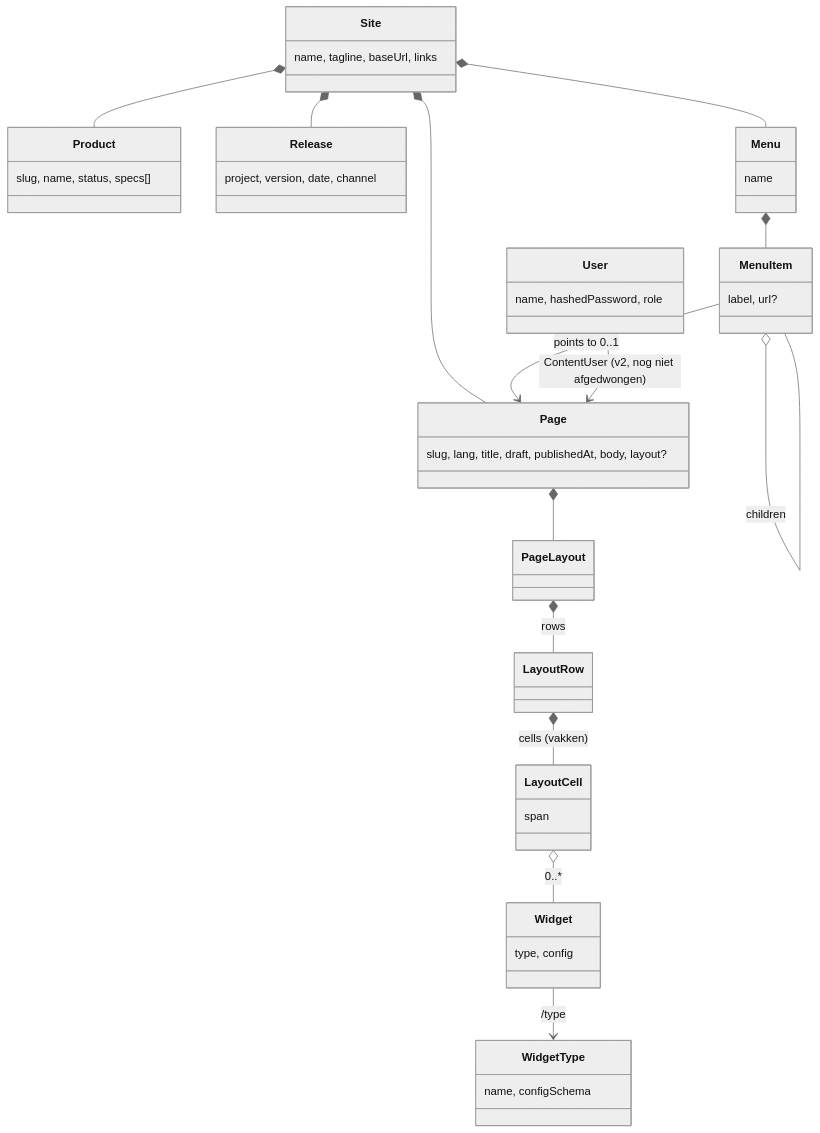
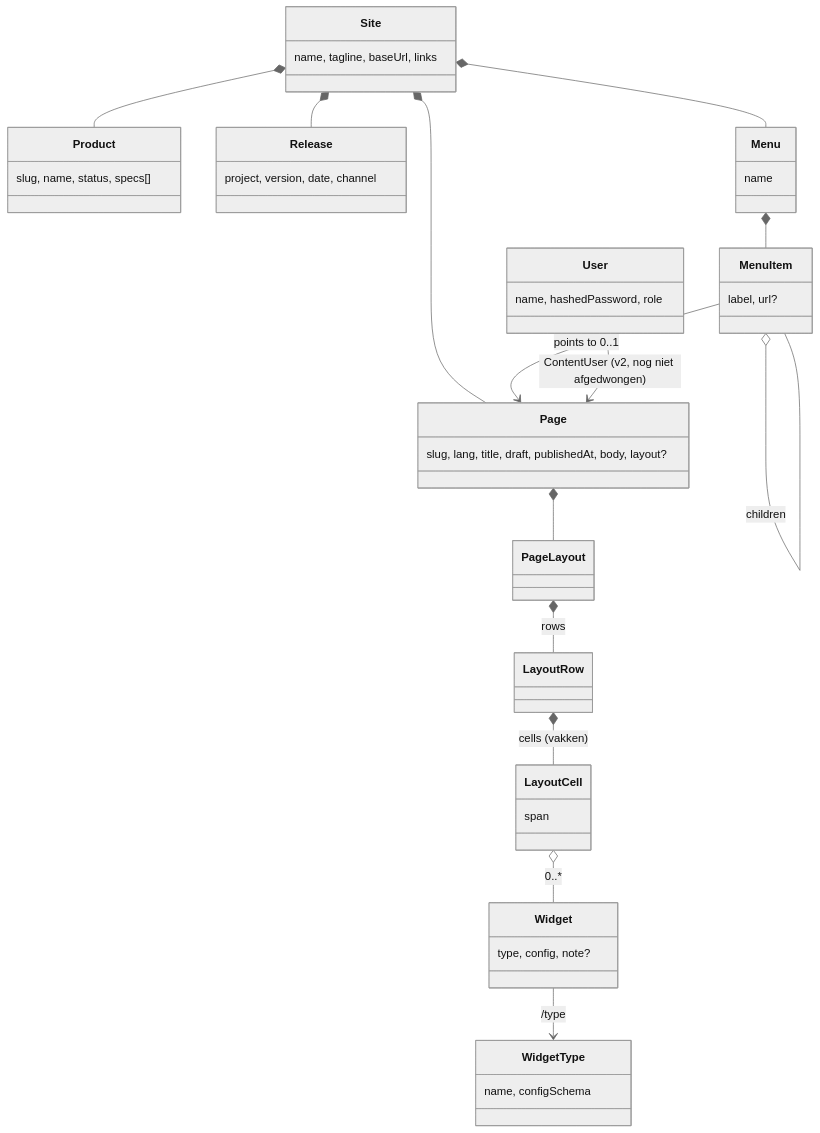
Before and after one commit to MarkWestbroek/imprint-engine: the third of 16 diagrams in docs/architecture.md, drawn with Mermaid (neutral theme). The commit also changed other lines of this file and 9 other files, not shown here.

````diff
--- a/docs/architecture.md
+++ b/docs/architecture.md
@@ -248,29 +248,29 @@
 ```mermaid
 classDiagram
     class Site { name, tagline, baseUrl, links }
     class Page { slug, lang, title, draft, publishedAt, body, layout? }
     class Product { slug, name, status, specs[] }
     class Release { project, version, date, channel }
     class Menu { name }
     class MenuItem { label, url? }
     class PageLayout
     class LayoutRow
     class LayoutCell { span }
-    class Widget { type, config }
+    class Widget { type, config, note? }
     class WidgetType { name, configSchema }
     class User { name, hashedPassword, role }
 
     Site *-- Page
     Site *-- Product
     Site *-- Release
     Site *-- Menu
     Menu *-- MenuItem
     MenuItem o-- MenuItem : children
     MenuItem --> Page : points to 0..1
     Page *-- PageLayout
     PageLayout *-- LayoutRow : rows
     LayoutRow *-- LayoutCell : cells (vakken)
     LayoutCell o-- Widget : 0..*
     Widget --> WidgetType : /type
     User --> Page : ContentUser (v2, nog niet afgedwongen)
 ```
````
